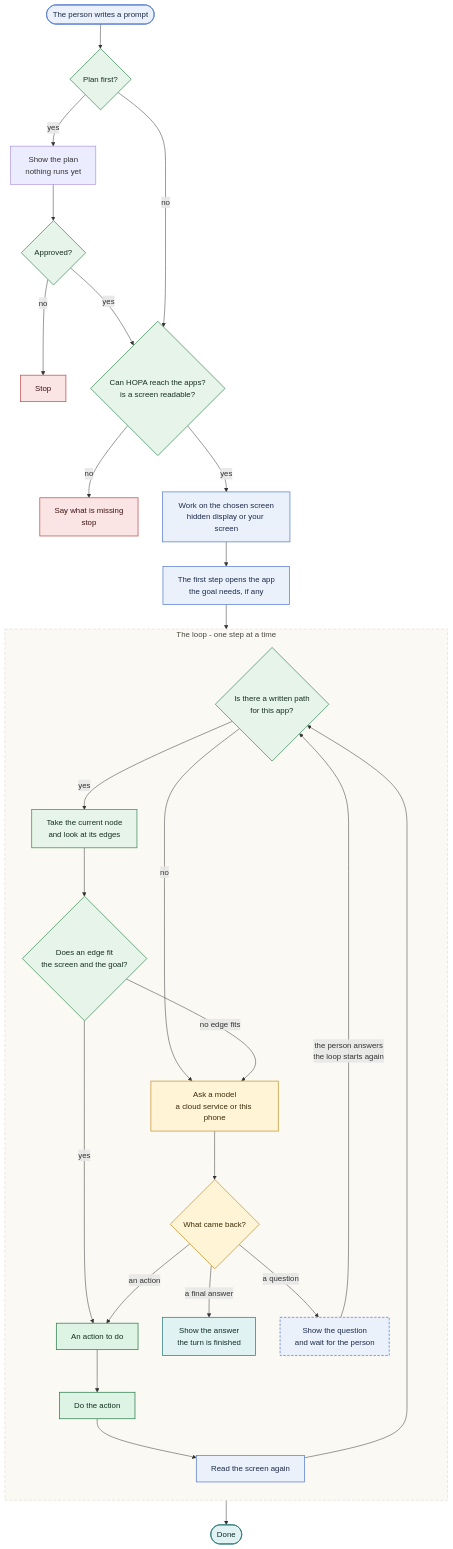
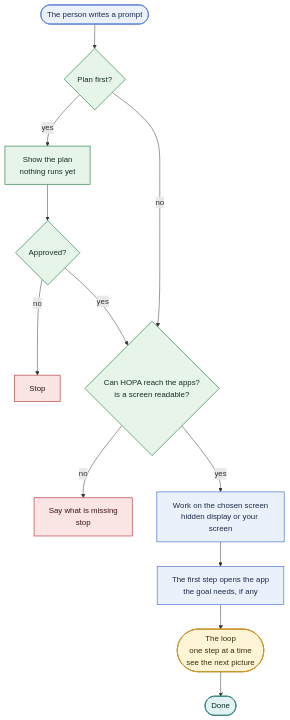
The first of 2 diagrams in docs/design/architecture/turn-flow.md (agents-demo/hopa), drawn with Mermaid before and after one commit. The commit also changed other lines of this file, not shown here.

First line of the commit message:
docs(architecture): two pictures, and the loop enters and ends

````diff
--- a/docs/design/architecture/turn-flow.md
+++ b/docs/design/architecture/turn-flow.md
@@ -17,51 +21,25 @@
 ```mermaid
 flowchart TD
   A(["The person writes a prompt"]) --> B{"Plan first?"}
   B -->|"yes"| C["Show the plan<br/>nothing runs yet"]
   C --> D{"Approved?"}
   D -->|"no"| Z1["Stop"]:::stop
   D -->|"yes"| E
   B -->|"no"| E
   E{"Can HOPA reach the apps?<br/>is a screen readable?"} -->|"no"| Z2["Say what is missing<br/>stop"]:::stop
   E -->|"yes"| F["Work on the chosen screen<br/>hidden display or your screen"]
   F --> G["The first step opens the app<br/>the goal needs, if any"]
-  G --> H
-
-  subgraph LOOP["The loop - one step at a time"]
-    direction TB
-    H{"Is there a written path<br/>for this app?"}
-    H -->|"yes"| I["Take the current node<br/>and look at its edges"]
-    H -->|"no"| J["Ask a model<br/>a cloud service or this phone"]
-    I --> K{"Does an edge fit<br/>the screen and the goal?"}
-    K -->|"no edge fits"| J
-    K -->|"yes"| L["An action to do"]
-    J --> M{"What came back?"}
-    M -->|"a final answer"| N["Show the answer<br/>the turn is finished"]:::result
-    M -->|"a question"| O["Show the question<br/>and wait for the person"]:::question
-    M -->|"an action"| L
-    L --> P["Do the action"]
-    P --> Q["Read the screen again"]
-    Q --> H
-    O -->|"the person answers<br/>the loop starts again"| H
-  end
-
-  N --> R(["Done"]):::result
+  G --> L(["The loop<br/>one step at a time<br/>see the next picture"]):::loop
+  L --> R(["Done"]):::answer
 
   classDef io fill:#EAF1FB,stroke:#5B7FD4,color:#1C2B4A,stroke-width:1.5px
   classDef core fill:#E7F4EA,stroke:#3F8F5A,color:#16301F,stroke-width:1.5px
-  classDef model fill:#FFF4D6,stroke:#C9962F,color:#3A2C08,stroke-width:1.5px
+  classDef loop fill:#FFF4D6,stroke:#C9962F,color:#3A2C08,stroke-width:2px
   classDef result fill:#E0F2F1,stroke:#2F7D7A,color:#0F2E2C,stroke-width:1.5px
   classDef stop fill:#FBE4E4,stroke:#BF5252,color:#3D1414,stroke-width:1.5px
-  classDef question fill:#EAF1FB,stroke:#5B7FD4,color:#1C2B4A,stroke-width:1.5px,stroke-dasharray:5 3
-  classDef execute fill:#DDF3E4,stroke:#2F7D4F,color:#12301D,stroke-width:1.5px
 
-  class A,F,G,Q io
-  class B,D,E,H,I,K core
-  class J,M model
-  class L,P execute
-  class N,R result
+  class A,F,G io
+  class B,C,D,E core
+  class R result
   class Z1,Z2 stop
-  class O question
-
-  style LOOP fill:#FBF9F4,stroke:#D8D2C4,color:#4A473F,stroke-dasharray:6 4
 ```
````
